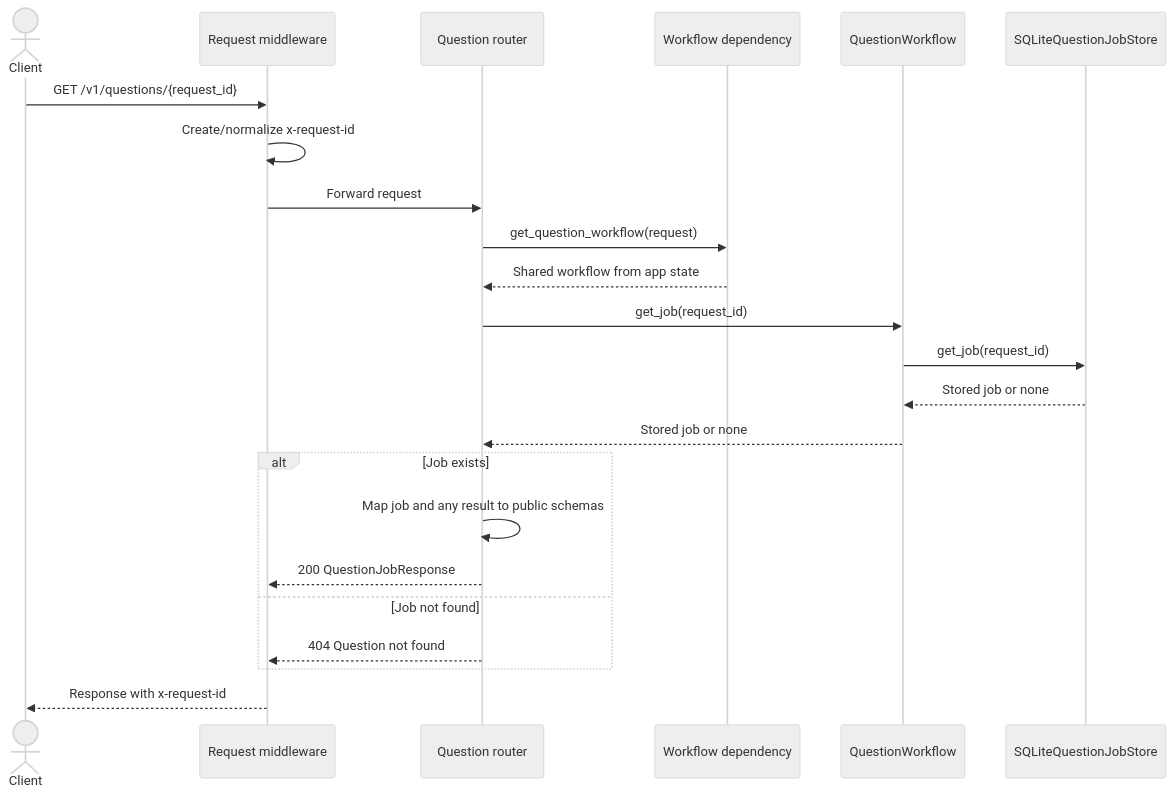
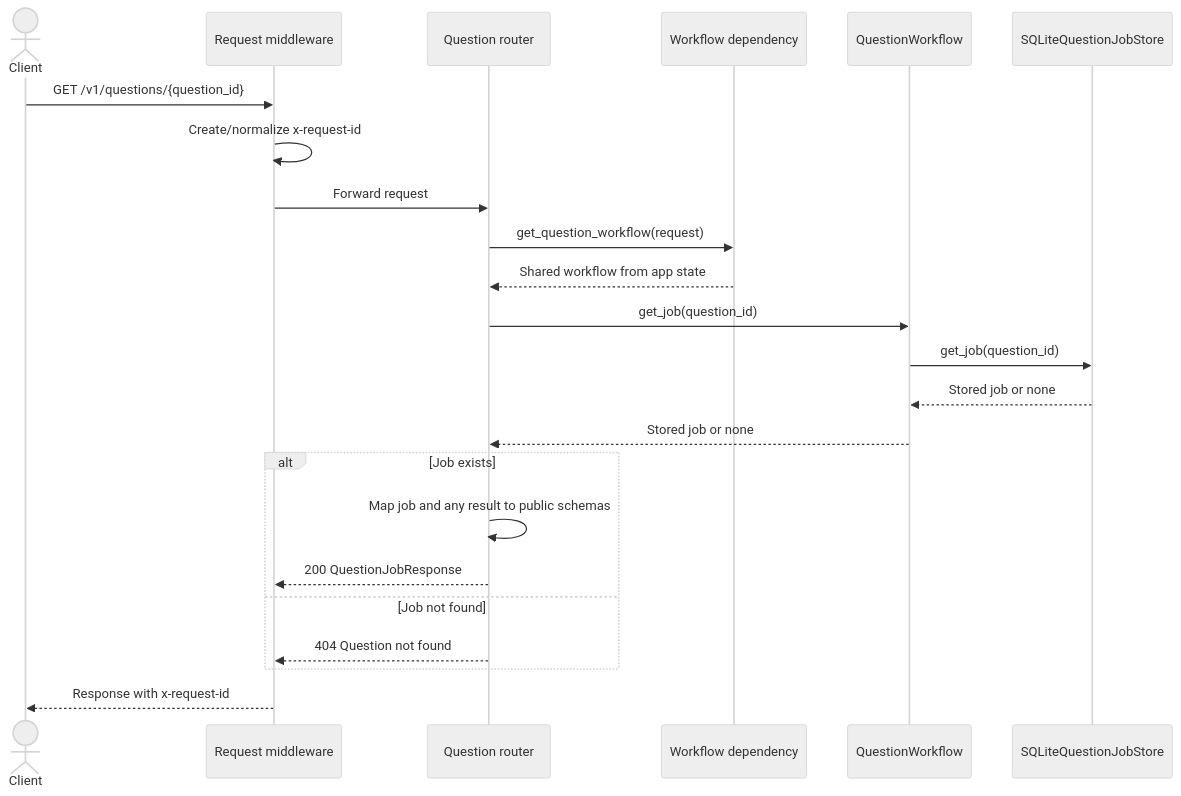
One commit to jasmine-post-pdx/rag-chatbot changed the second of 2 diagrams in docs/questions-api-sequence.md. Above: the diagram before and after it, drawn with Mermaid (neutral theme). The commit also changed other lines of this file and 21 other files, not shown here.

First line of the commit message:
refactor: rename request_id to question_id across the application

````diff
--- a/docs/questions-api-sequence.md
+++ b/docs/questions-api-sequence.md
@@ -95,26 +96,26 @@
 ```mermaid
 sequenceDiagram
     actor Client
     participant MW as Request middleware
     participant API as Question router
     participant Dep as Workflow dependency
     participant WF as QuestionWorkflow
     participant Store as SQLiteQuestionJobStore
 
-    Client->>MW: GET /v1/questions/{request_id}
+    Client->>MW: GET /v1/questions/{question_id}
     MW->>MW: Create/normalize x-request-id
     MW->>API: Forward request
     API->>Dep: get_question_workflow(request)
     Dep-->>API: Shared workflow from app state
-    API->>WF: get_job(request_id)
-    WF->>Store: get_job(request_id)
+    API->>WF: get_job(question_id)
+    WF->>Store: get_job(question_id)
     Store-->>WF: Stored job or none
     WF-->>API: Stored job or none
     alt Job exists
         API->>API: Map job and any result to public schemas
         API-->>MW: 200 QuestionJobResponse
     else Job not found
         API-->>MW: 404 Question not found
     end
     MW-->>Client: Response with x-request-id
 ```
````
